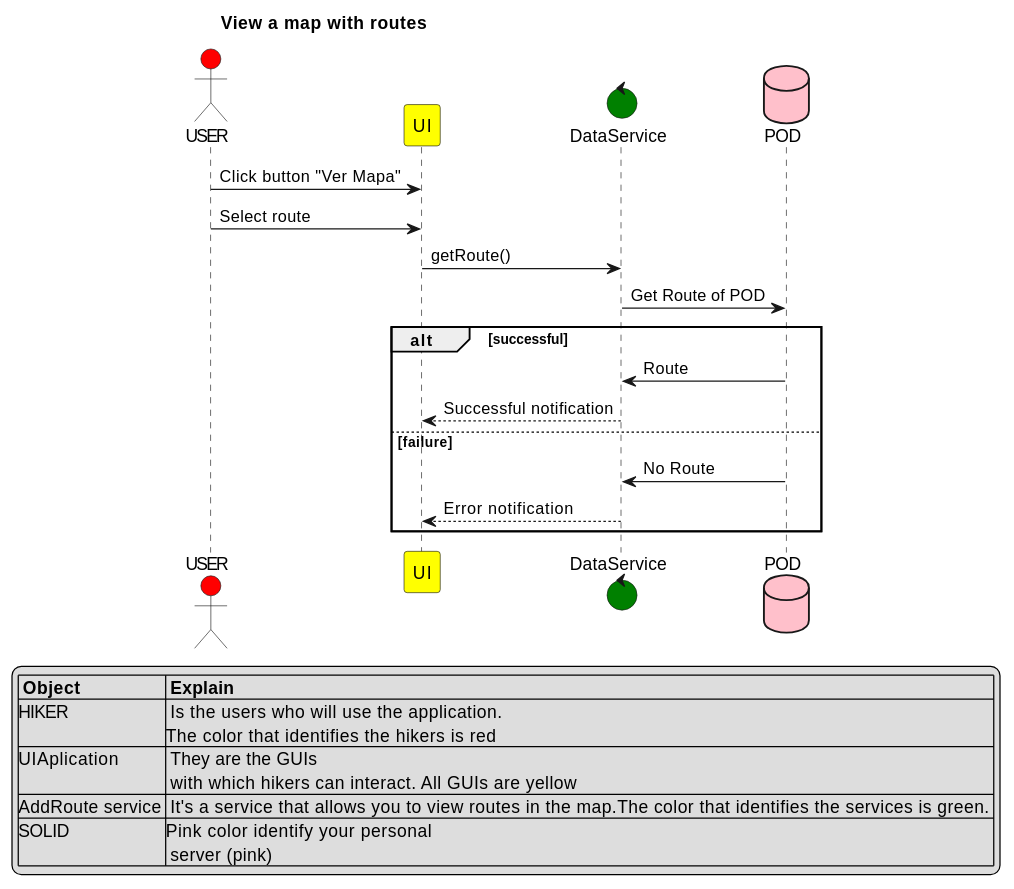
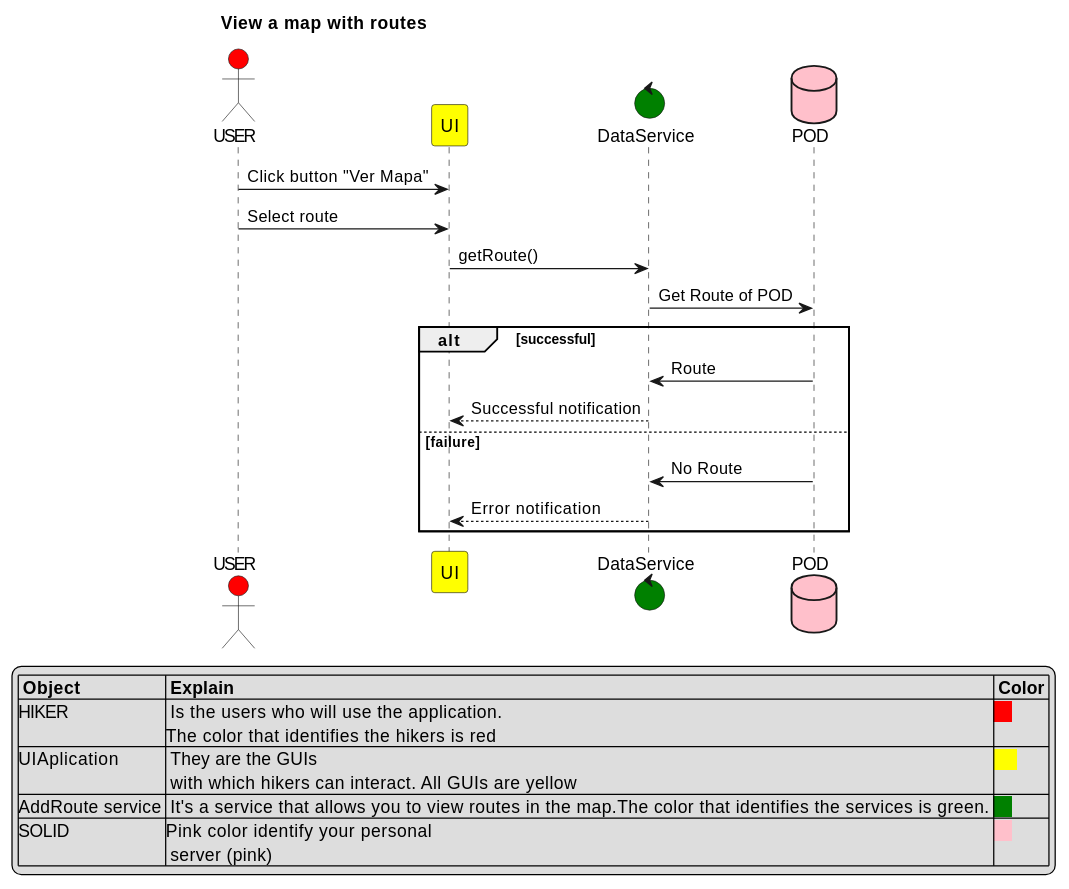
The third of 4 diagrams in src/docs/06_runtime_view.adoc (Arquisoft/viade_es1b), drawn with PlantUML before and after one commit. The commit also changed other lines of this file and 2 other files, not shown here.

```diff
--- a/src/docs/06_runtime_view.adoc
+++ b/src/docs/06_runtime_view.adoc
@@ -107,33 +107,33 @@
 [plantuml,"View Map",png]
 ----
 title View a map with routes
 
 
 
 actor USER #red
 participant UI #yellow
 control DataService #green
 database POD #pink
 
 USER-> UI : Click button "Ver Mapa"
 USER -> UI: Select route
 UI -> DataService: getRoute()
 DataService -> POD: Get Route of POD
 
 alt successful
 	POD -> DataService: Route
 	DataService --> UI: Successful notification
 
 else failure
 	POD -> DataService: No Route
 	DataService --> UI: Error notification
 	end
 
 legend
-|= Object |= Explain |
+|= Object |= Explain |= Color |
 |HIKER | Is the users who will use the application.\nThe color that identifies the hikers is red |<back:#FF0000>    </back> |
 |UIAplication | They are the GUIs\n with which hikers can interact. All GUIs are yellow |<back:yellow>     </back> |
 |AddRoute service | It's a service that allows you to view routes in the map.The color that identifies the services is green. |<back:green>    </back> |
 |SOLID|Pink color identify your personal\n server (pink)|<back:pink>    </back> |
 endlegend
 ----
```
